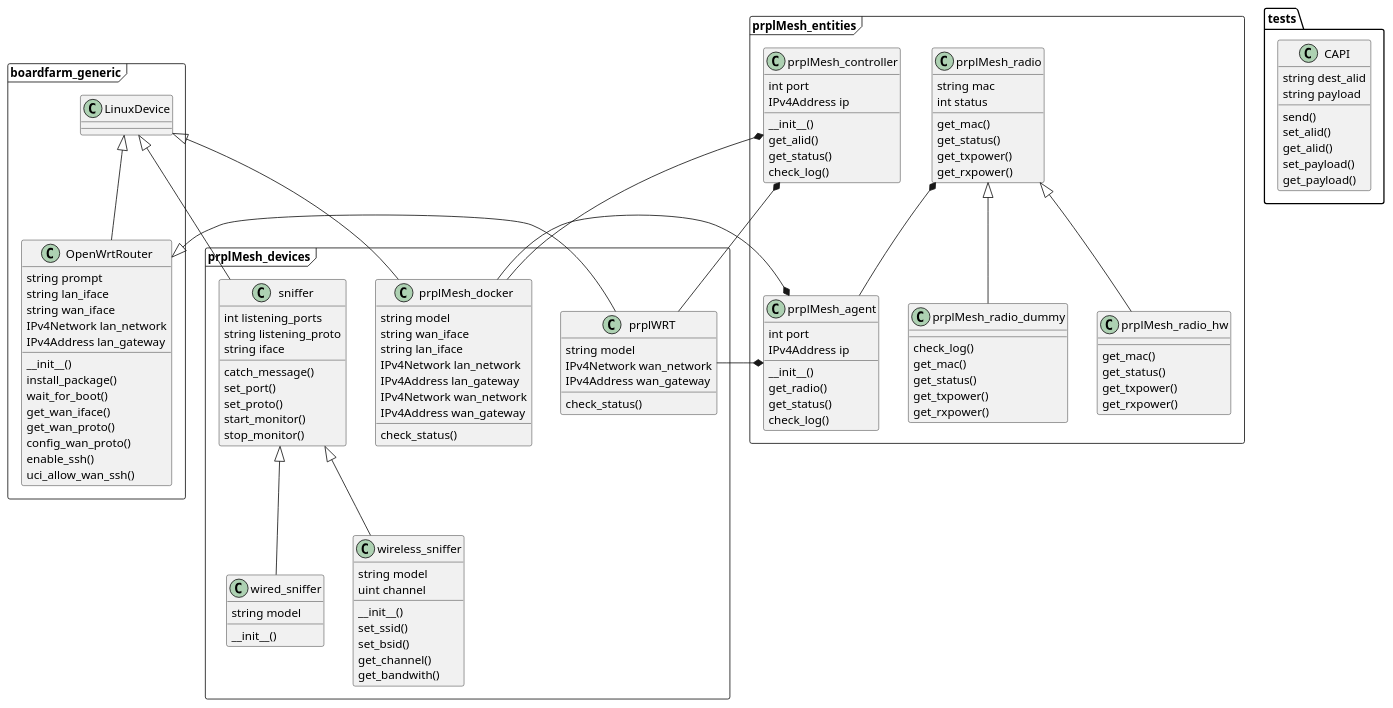
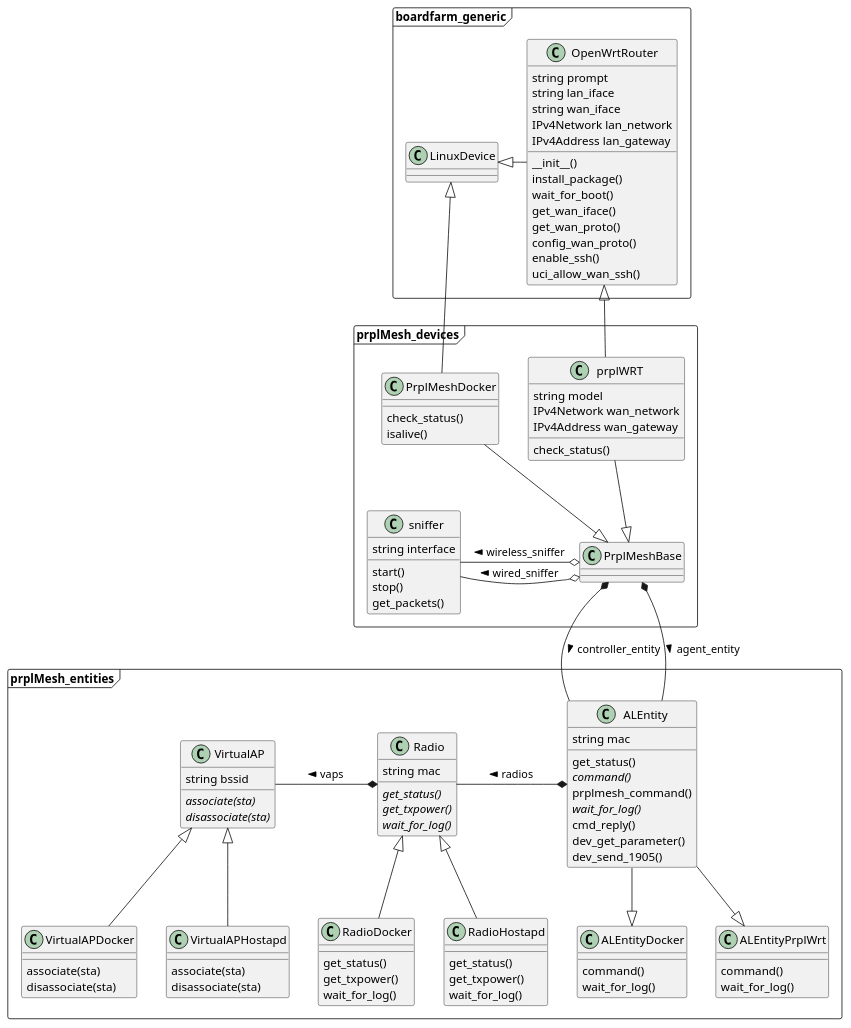
Before and after one commit to prplfoundation/prplMesh: the diagram in documentation/images/plantuml/boardfarm_prplMesh_classes.puml, drawn with PlantUML.

Commit message:
documentation: boardfarm_prplMesh_classes.puml: update to reality
Update boardfarm_prplMesh_classes.puml to correspond to what is actually
implemented or going to be implemented.

Add ALEntity, Radio, VirtualAP entities.

Rename prplmesh_docker to PrplMeshDocker, and add PrplMeshBase.

Remove member that don't exist.

Update relationships to reality. Also add some placement hints to them.

```diff
--- a/documentation/images/plantuml/boardfarm_prplMesh_classes.puml
+++ b/documentation/images/plantuml/boardfarm_prplMesh_classes.puml
@@ -1,155 +1,131 @@
 @startuml
 package boardfarm_generic <<Frame>> {
 
     class LinuxDevice {
     }
 
     class OpenWrtRouter {
         string prompt
         string lan_iface
         string wan_iface
         IPv4Network lan_network
         IPv4Address lan_gateway
 
         __init__()
         install_package()
         wait_for_boot()
         get_wan_iface()
         get_wan_proto()
         config_wan_proto()
         enable_ssh()
         uci_allow_wan_ssh()
     }
 }
 
 package prplMesh_devices <<Frame>> {
 
     class prplWRT {
         string model
         IPv4Network wan_network
         IPv4Address wan_gateway
 
         check_status()
     }
 
-    class prplMesh_docker {
-        string model
-        string wan_iface
-        string lan_iface
-        IPv4Network lan_network
-        IPv4Address lan_gateway
-        IPv4Network wan_network
-        IPv4Address wan_gateway
+    class PrplMeshBase {
+    }
 
+    class PrplMeshDocker {
         check_status()
+        isalive()
     }
 
     class sniffer {
-        int listening_ports
-        string listening_proto
-        string iface
+        string interface
 
-        catch_message()
-        set_port()
-        set_proto()
-        start_monitor()
-        stop_monitor()
-    }
-
-    class wired_sniffer {
-        string model
-
-        __init__()
-    }
-
-    class wireless_sniffer {
-        string model
-        uint channel
-
-        __init__()
-        set_ssid()
-        set_bsid()
-        get_channel()
-        get_bandwith()
+        start()
+        stop()
+        get_packets()
     }
 }
 
 package prplMesh_entities <<Frame>> {
 
-    class prplMesh_agent {
-        int port
-        IPv4Address ip
+    class ALEntity {
+        string mac
 
-        __init__()
-        get_radio()
         get_status()
-        check_log()
+        {abstract} command()
+        prplmesh_command()
+        {abstract} wait_for_log()
+        cmd_reply()
+        dev_get_parameter()
+        dev_send_1905()
     }
 
-    class prplMesh_radio {
+    class ALEntityDocker {
+        command()
+        wait_for_log()
+    }
+
+    class ALEntityPrplWrt {
+        command()
+        wait_for_log()
+    }
+
+    class Radio {
         string mac
-        int status
 
-        get_mac()
+        {abstract} get_status()
+        {abstract} get_txpower()
+        {abstract} wait_for_log()
+    }
+
+    class RadioDocker {
         get_status()
         get_txpower()
-        get_rxpower()
+        wait_for_log()
     }
 
-    class prplMesh_radio_dummy {
-
-        check_log()
-        get_mac()
+    class RadioHostapd {
         get_status()
         get_txpower()
-        get_rxpower()
+        wait_for_log()
     }
 
-    class prplMesh_radio_hw {
-
-        get_mac()
-        get_status()
-        get_txpower()
-        get_rxpower()
+    class VirtualAP {
+        string bssid
+        {abstract} associate(sta)
+        {abstract} disassociate(sta)
     }
 
-    class prplMesh_controller {
-        int port
-        IPv4Address ip
+    class VirtualAPDocker {
+        associate(sta)
+        disassociate(sta)
+    }
 
-        __init__()
-        get_alid()
-        get_status()
-        check_log()
+    class VirtualAPHostapd {
+        associate(sta)
+        disassociate(sta)
     }
 }
 
-package tests {
-
-    class CAPI {
-        string dest_alid
-        string payload
-
-        send()
-        set_alid()
-        get_alid()
-        set_payload()
-        get_payload()
-    }
-}
-
-prplMesh_docker --* prplMesh_controller
-prplMesh_docker --* prplMesh_agent
-prplMesh_docker --|> LinuxDevice
+LinuxDevice <|-right- OpenWrtRouter
 OpenWrtRouter <|-- prplWRT
-prplMesh_controller *-- prplWRT
-prplMesh_agent *-- prplWRT
-prplMesh_radio *-- prplMesh_agent
-LinuxDevice <|-- OpenWrtRouter
-LinuxDevice <|-- sniffer
-sniffer <|-- wired_sniffer
-sniffer <|-- wireless_sniffer
-prplMesh_radio <|-- prplMesh_radio_hw
-prplMesh_radio <|-- prplMesh_radio_dummy
+PrplMeshBase *-- ALEntity : > controller_entity
+PrplMeshBase *-- ALEntity : > agent_entity
+PrplMeshDocker --|> PrplMeshBase
+PrplMeshDocker --|> LinuxDevice
+prplWRT --|> PrplMeshBase
+PrplMeshBase o-left- sniffer : > wired_sniffer
+PrplMeshBase o-left- sniffer : > wireless_sniffer
+ALEntity --|> ALEntityDocker
+ALEntity --|> ALEntityPrplWrt
+ALEntity *-left- Radio : > radios
+Radio <|-- RadioHostapd
+Radio <|-- RadioDocker
+Radio *-left- VirtualAP : > vaps
+VirtualAP <|-- VirtualAPDocker
+VirtualAP <|-- VirtualAPHostapd
 
 @enduml
```
